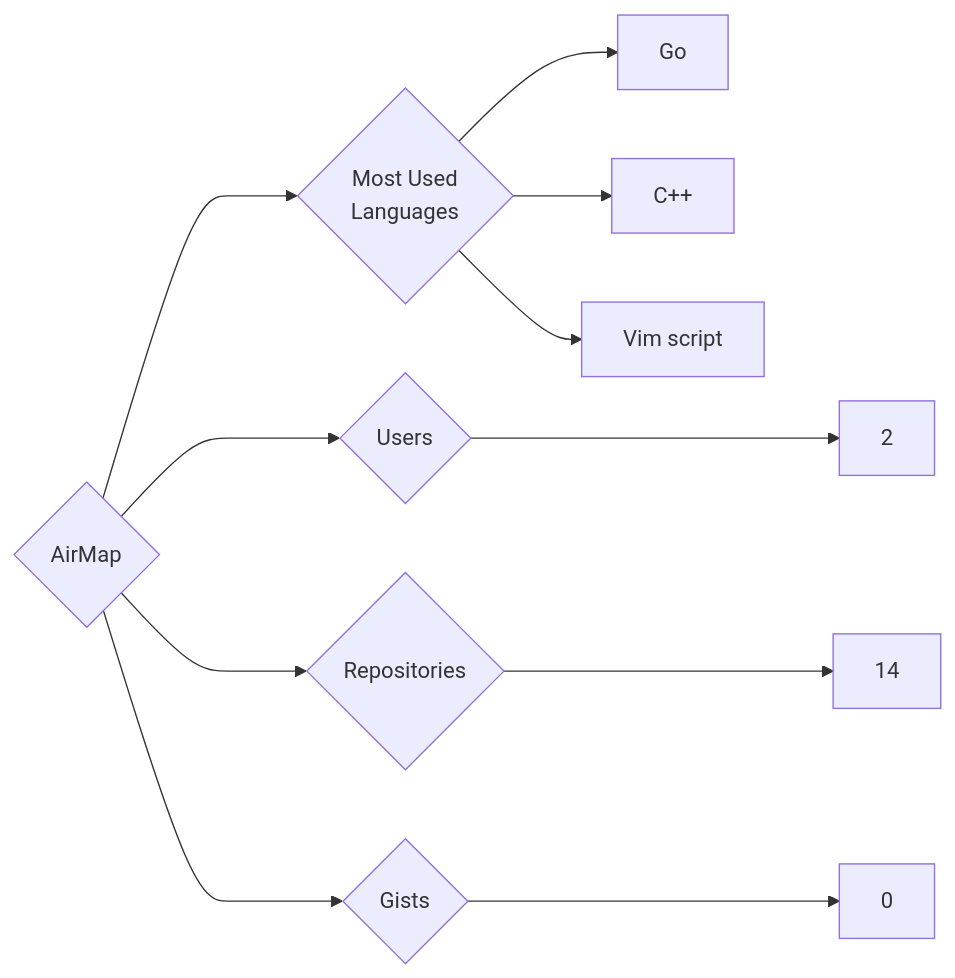
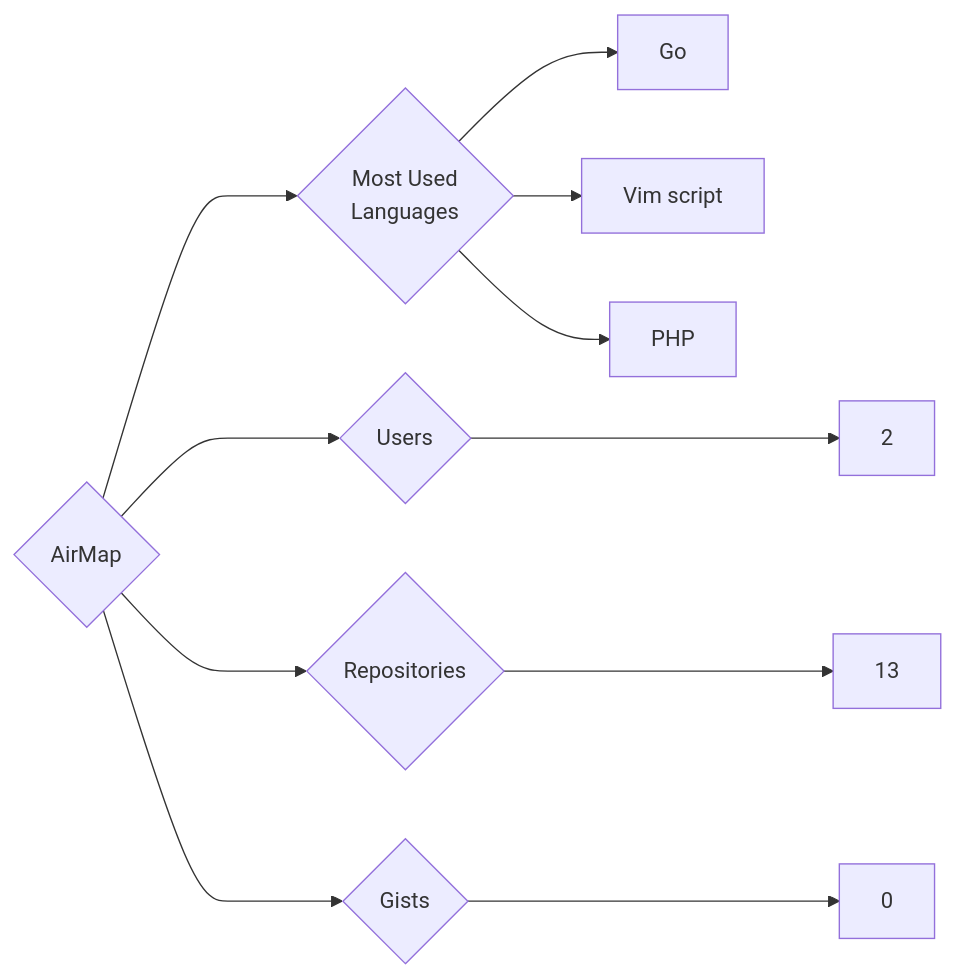
Before and after one commit to trickest/insiders: the diagram in targets/AirMap/README.md, drawn with Mermaid. The commit also changed 1084 other files, not shown here.

````diff
--- a/targets/AirMap/README.md
+++ b/targets/AirMap/README.md
@@ -3,11 +3,11 @@
 ```mermaid
 graph LR
 COMPANY_NAME{AirMap}
 COMPANY_NAME ---> U{Users} ---> UN[2]
-COMPANY_NAME ---> R{Repositories} ---> RN[14]
+COMPANY_NAME ---> R{Repositories} ---> RN[13]
 COMPANY_NAME ---> G{Gists} ---> GN[0]
 COMPANY_NAME ---> ML{Most Used<br>Languages}
 ML --> Go[Go]
-ML --> C++[C++]
 ML --> Vim_script[Vim script]
+ML --> PHP[PHP]
 ```
````
